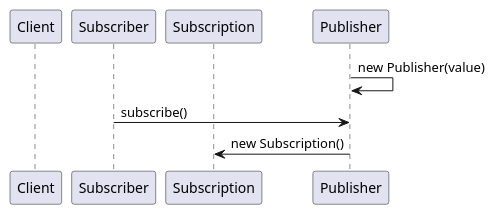
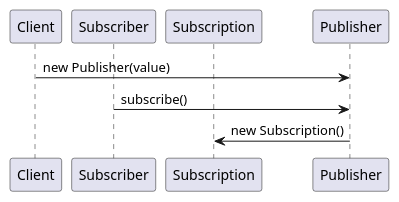
The diagram in _diary/2024-06-18.md (yanghoon/obsidian-workspace), drawn with PlantUML before and after one commit.

Commit message:
vault backup: 2024-06-19 00:01:40

````diff
--- a/_diary/2024-06-18.md
+++ b/_diary/2024-06-18.md
@@ -3,14 +3,14 @@
 ```plantuml
 @startuml
 
 participant Client as Client
 participant Subscriber as Subr
 participant Subscription as Sub
 participant Publisher as Pub
 
-Pub -> Pub: new Publisher(value)
+Client -> Pub: new Publisher(value)
 Subr -> Pub: subscribe()
 Pub -> Sub: new Subscription()
 
 @enduml
 ```
````
